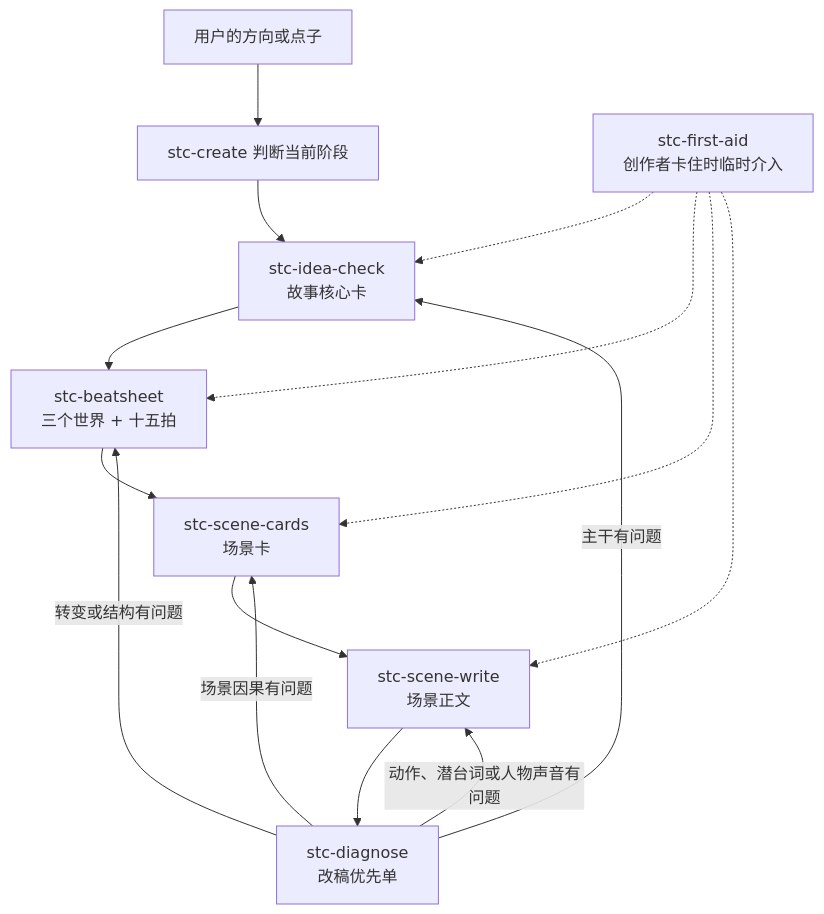
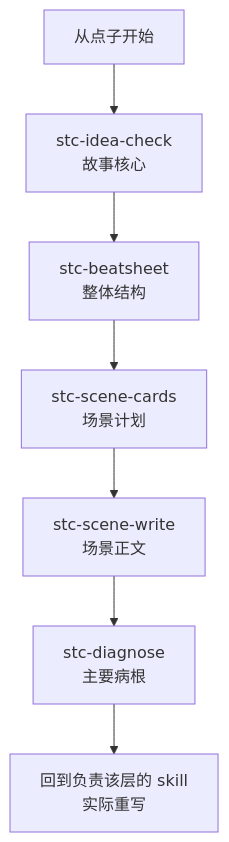
One commit to yang1996202-cpu/save-the-cat-skills changed the diagram in README.md. Above: the diagram before and after it, drawn with Mermaid. The commit also changed other lines of this file and 11 other files, not shown here.

````diff
--- a/README.md
+++ b/README.md
@@ -52,17 +55,9 @@
 ```mermaid
 flowchart TD
-    U["用户的方向或点子"] --> C["stc-create 判断当前阶段"]
-    C --> I["stc-idea-check<br/>故事核心卡"]
-    I --> B["stc-beatsheet<br/>三个世界 + 十五拍"]
-    B --> S["stc-scene-cards<br/>场景卡"]
-    S --> W["stc-scene-write<br/>场景正文"]
-    W --> D["stc-diagnose<br/>改稿优先单"]
-    D -->|"主干有问题"| I
-    D -->|"转变或结构有问题"| B
-    D -->|"场景因果有问题"| S
-    D -->|"动作、潜台词或人物声音有问题"| W
-    F["stc-first-aid<br/>创作者卡住时临时介入"] -.-> I
-    F -.-> B
-    F -.-> S
-    F -.-> W
+    A["从点子开始"] --> I["stc-idea-check<br/>故事核心"]
+    I --> B["stc-beatsheet<br/>整体结构"]
+    B --> C["stc-scene-cards<br/>场景计划"]
+    C --> W["stc-scene-write<br/>场景正文"]
+    W --> D["stc-diagnose<br/>主要病根"]
+    D --> R["回到负责该层的 skill<br/>实际重写"]
 ```
````
